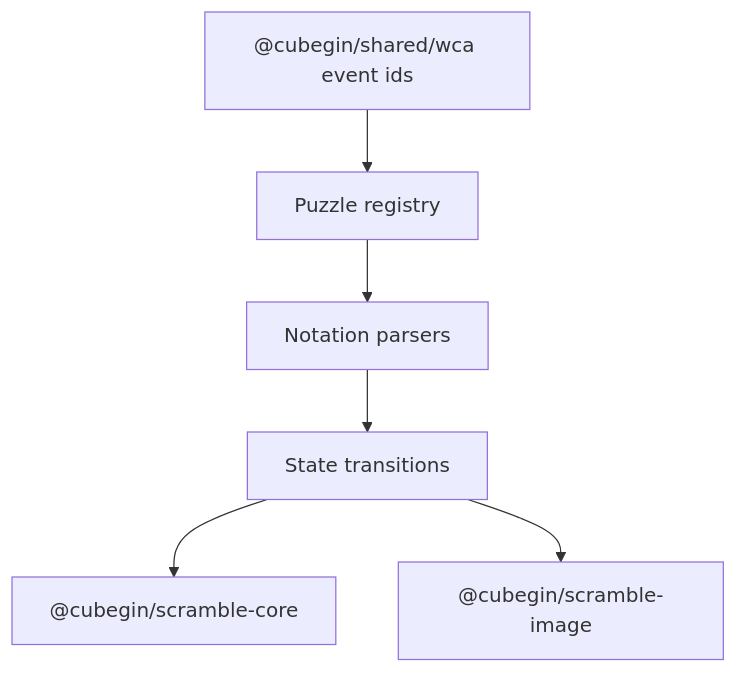
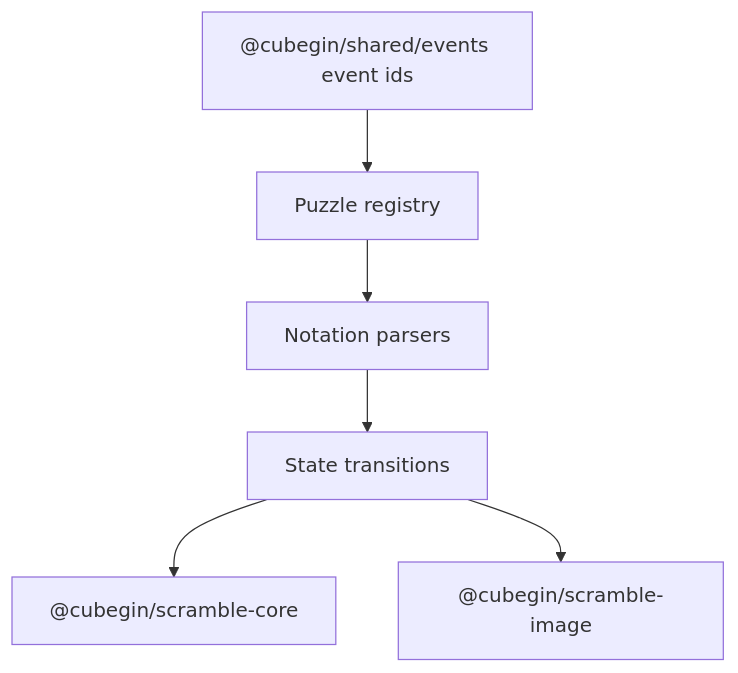
Before and after one commit to deweyou/cube-kit: the diagram in docs/packages/scramble-puzzle/index.md, drawn with Mermaid. The commit also changed other lines of this file and 121 other files, not shown here.

````diff
--- a/docs/packages/scramble-puzzle/index.md
+++ b/docs/packages/scramble-puzzle/index.md
@@ -3,8 +3,8 @@
 ```mermaid
 flowchart TD
-    Events["@cubegin/shared/wca event ids"] --> Registry["Puzzle registry"]
+    Events["@cubegin/shared/events event ids"] --> Registry["Puzzle registry"]
     Registry --> Parsers["Notation parsers"]
     Parsers --> States["State transitions"]
     States --> Core["@cubegin/scramble-core"]
     States --> Image["@cubegin/scramble-image"]
 ```
````
